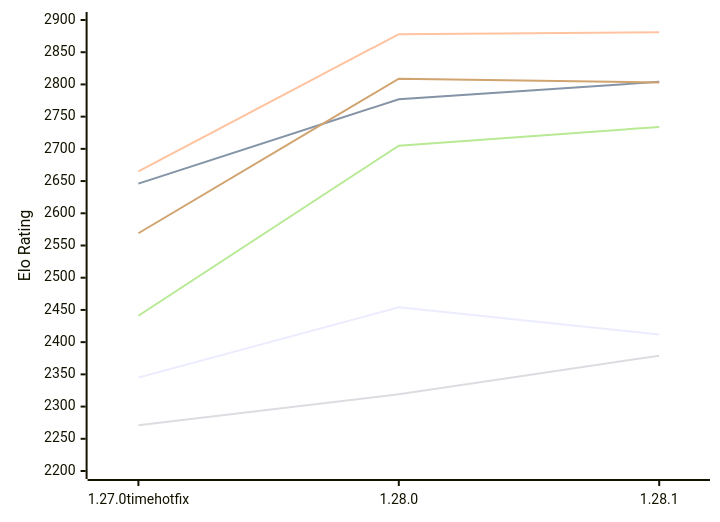
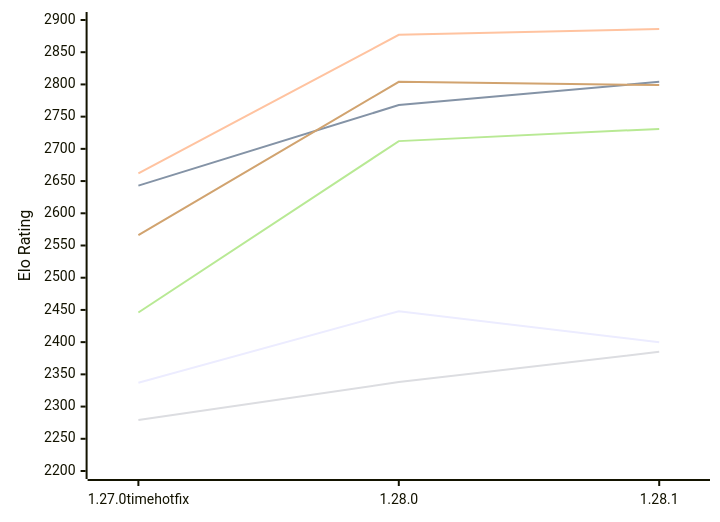
One commit to computer-chess-index/cci changed the first of 2 diagrams in engines/Aurora.md. Above: the diagram before and after it, drawn with Mermaid. The commit also changed other lines of this file, not shown here.

Commit message:
Update CCI Ratings (ELO VLTC) - 2026-11-15

````diff
--- a/engines/Aurora.md
+++ b/engines/Aurora.md
@@ -52,12 +52,12 @@
 ```mermaid
 %%{init: {"theme":"base","themeVariables":{"seriesColors:['#a3a3a3','#222221','#faa371']}}}%%
 xychart-beta
   x-axis ["1.27.0timehotfix", "1.28.0", "1.28.1"]
   y-axis "Elo Rating" 2200 --> 2900
-  line "E1: STC (8.0+0.08s)" [2345, 2454, 2412]
-  line "E1: LTC (60.0+0.60s)" [2646, 2777, 2804]
-  line "E1: VLTC (2m24s+1.12s)" [2665, 2878, 2881]
-  line "P1: STC (8.0+0.08s)" [2271, 2319, 2379]
-  line "P1: LTC (60.0+0.60s)" [2441, 2705, 2734]
-  line "P1: VLTC (2m24s+1.12s)" [2569, 2809, 2803]
+  line "E1: STC (8.0+0.08s)" [2337, 2448, 2400]
+  line "E1: LTC (60.0+0.60s)" [2643, 2768, 2804]
+  line "E1: VLTC (2m24s+1.12s)" [2662, 2877, 2886]
+  line "P1: STC (8.0+0.08s)" [2279, 2338, 2385]
+  line "P1: LTC (60.0+0.60s)" [2446, 2712, 2731]
+  line "P1: VLTC (2m24s+1.12s)" [2566, 2804, 2799]
 ```
````
